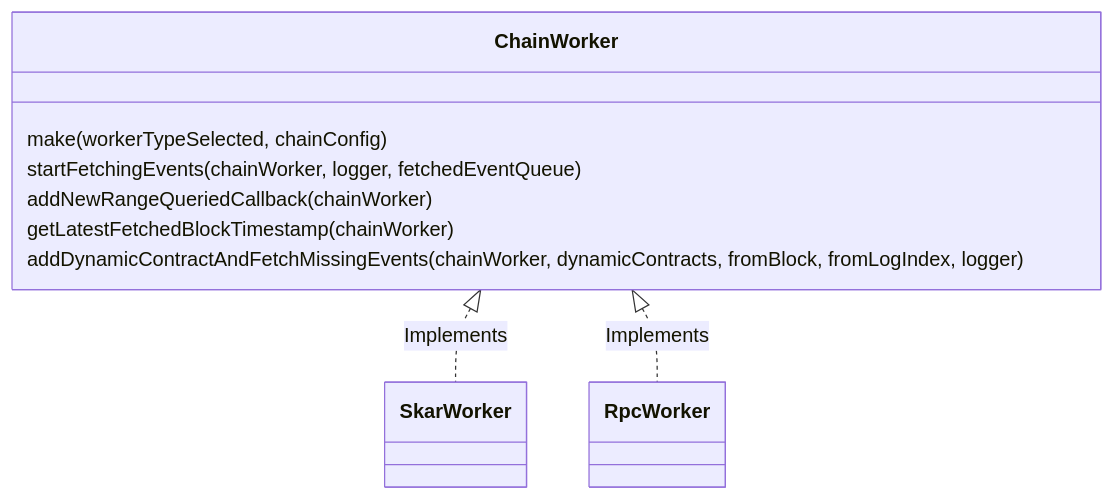
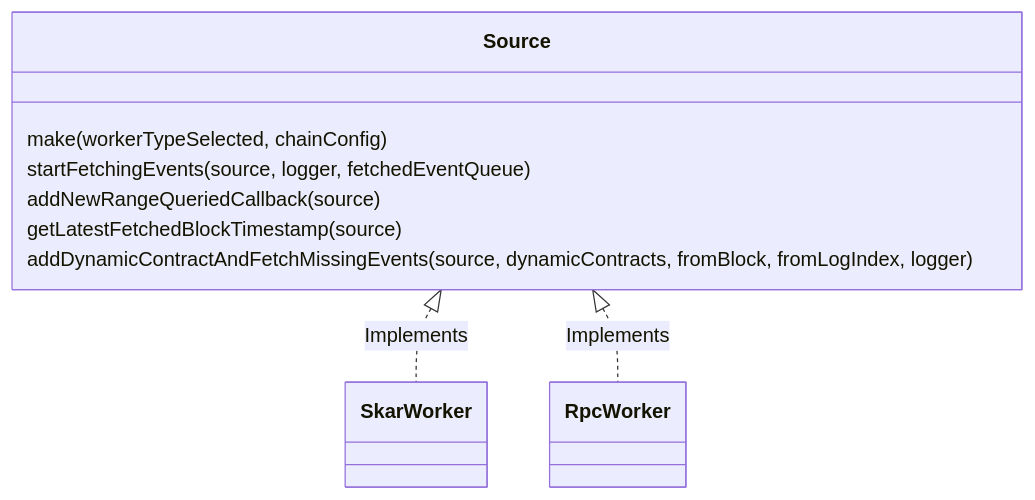
Before and after one commit to enviodev/hyperindex: the third of 3 diagrams in internal_docs/EventFetchers.md, drawn with Mermaid. The commit also changed other lines of this file and 17 other files, not shown here.

Commit message:
Rename ChainWorker to Source

````diff
--- a/internal_docs/EventFetchers.md
+++ b/internal_docs/EventFetchers.md
@@ -51,12 +51,12 @@
 ```mermaid
 classDiagram
-  class ChainWorker {
+  class Source {
     make(workerTypeSelected, chainConfig)
-    startFetchingEvents(chainWorker, logger, fetchedEventQueue)
-    addNewRangeQueriedCallback(chainWorker)
-    getLatestFetchedBlockTimestamp(chainWorker)
-    addDynamicContractAndFetchMissingEvents(chainWorker, dynamicContracts, fromBlock, fromLogIndex, logger)
+    startFetchingEvents(source, logger, fetchedEventQueue)
+    addNewRangeQueriedCallback(source)
+    getLatestFetchedBlockTimestamp(source)
+    addDynamicContractAndFetchMissingEvents(source, dynamicContracts, fromBlock, fromLogIndex, logger)
   }
-  ChainWorker <|.. SkarWorker : Implements
-  ChainWorker <|.. RpcWorker : Implements
+  Source <|.. SkarWorker : Implements
+  Source <|.. RpcWorker : Implements
 ```
````
